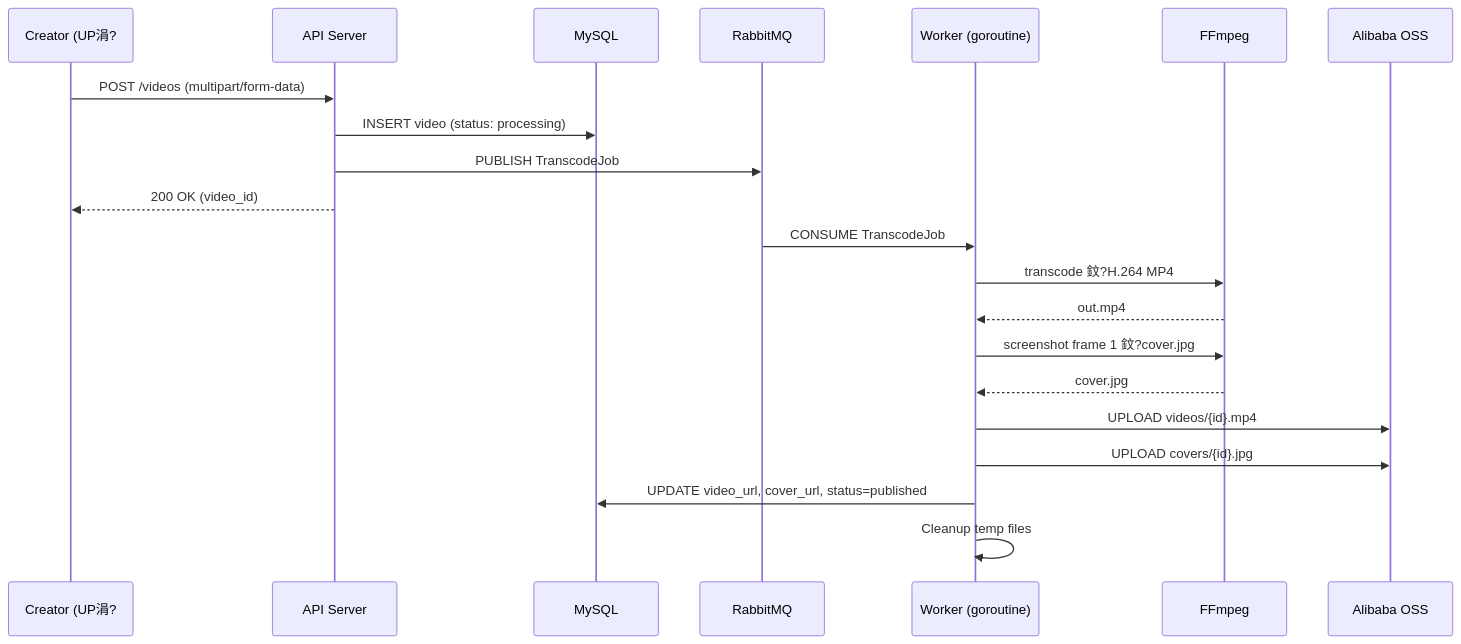
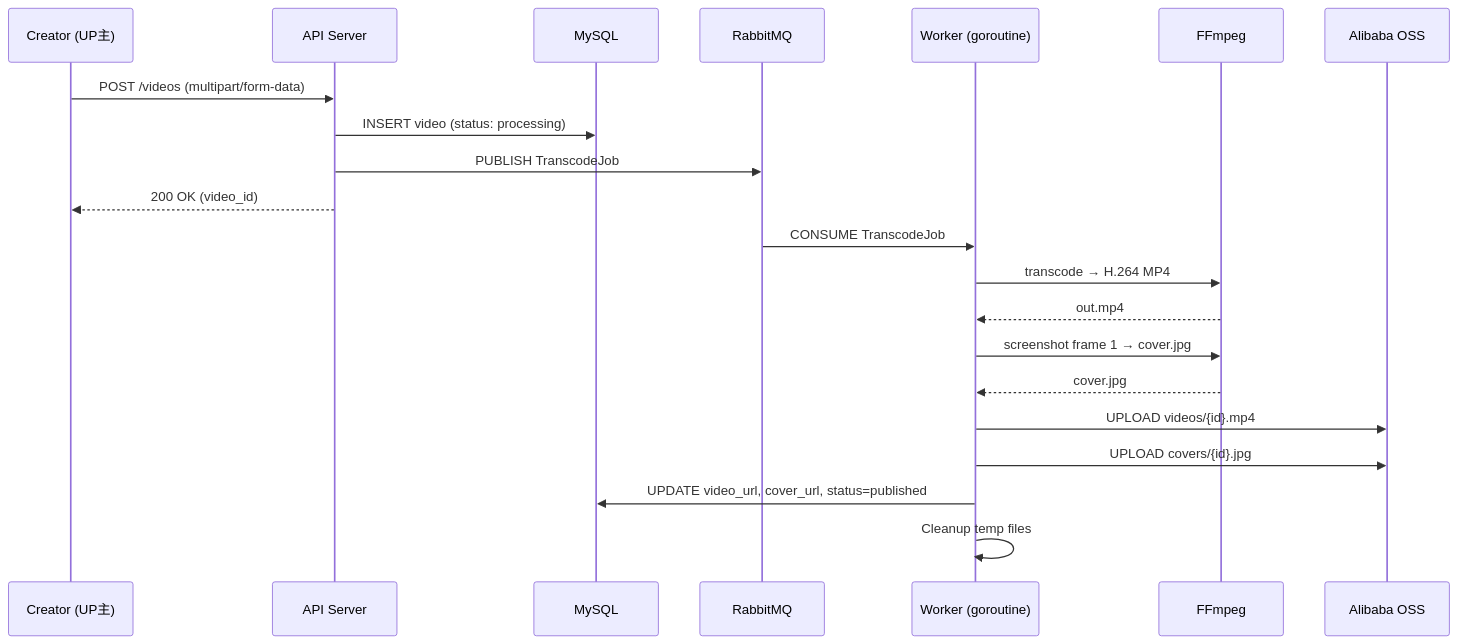
Before and after one commit to earthcake2233/cakecake: the third of 4 diagrams in docs/ARCHITECTURE_EN.md, drawn with Mermaid. The commit also changed other lines of this file and 1 other file, not shown here.

Commit message:
fix: restore ARCHITECTURE.md Chinese encoding and sync RuntimeConfig mermaid node

````diff
--- a/docs/ARCHITECTURE_EN.md
+++ b/docs/ARCHITECTURE_EN.md
@@ -121,25 +122,25 @@
 ```mermaid
 sequenceDiagram
-    participant C as Creator (UP涓?
+    participant C as Creator (UP主)
     participant API as API Server
     participant DB as MySQL
     participant RMQ as RabbitMQ
     participant W as Worker (goroutine)
     participant FF as FFmpeg
     participant OSS as Alibaba OSS
 
     C->>API: POST /videos (multipart/form-data)
     API->>DB: INSERT video (status: processing)
     API->>RMQ: PUBLISH TranscodeJob
     API-->>C: 200 OK (video_id)
 
     RMQ->>W: CONSUME TranscodeJob
-    W->>FF: transcode 鈫?H.264 MP4
+    W->>FF: transcode → H.264 MP4
     FF-->>W: out.mp4
-    W->>FF: screenshot frame 1 鈫?cover.jpg
+    W->>FF: screenshot frame 1 → cover.jpg
     FF-->>W: cover.jpg
     W->>OSS: UPLOAD videos/{id}.mp4
     W->>OSS: UPLOAD covers/{id}.jpg
     W->>DB: UPDATE video_url, cover_url, status=published
     W->>W: Cleanup temp files
 ```
````
